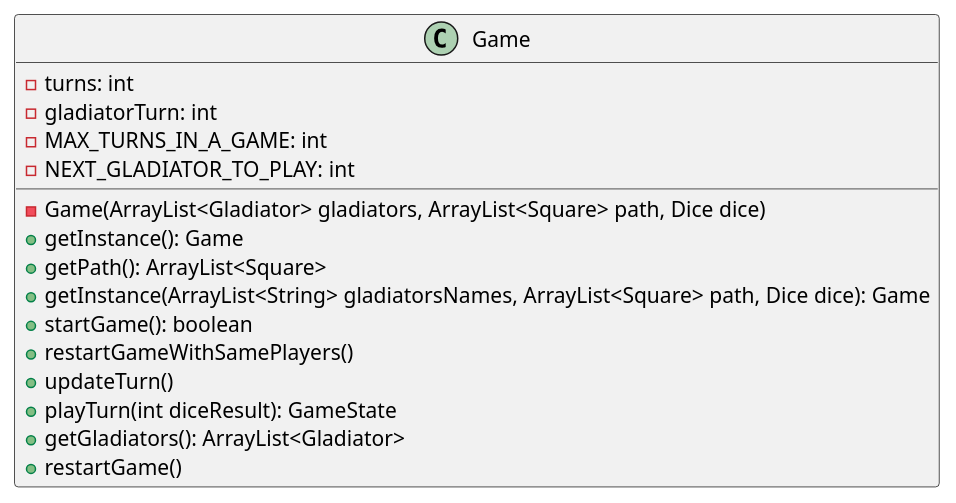
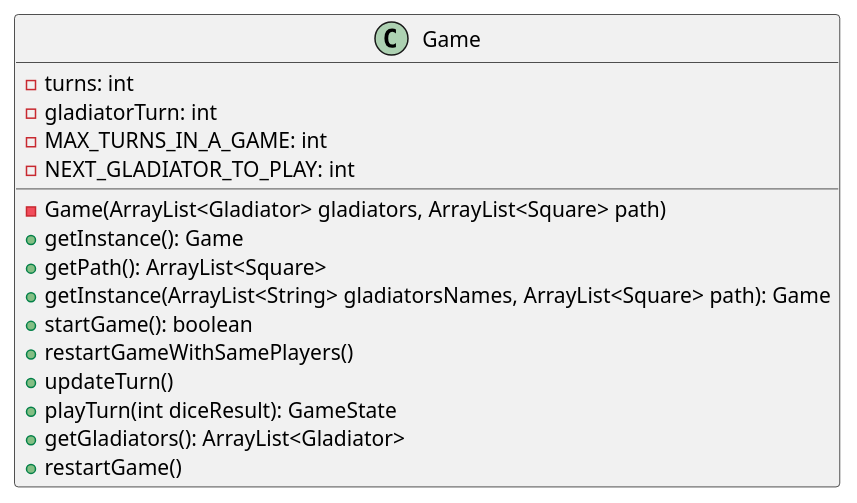
One commit to PabloGCH/tp2-algo3 changed the diagram in diagrams/classes/game/Game.plantuml. Above: the diagram before and after it, drawn with PlantUML. The commit also changed 23 other files, not shown here.

```diff
--- a/diagrams/classes/game/Game.plantuml
+++ b/diagrams/classes/game/Game.plantuml
@@ -1,18 +1,18 @@
 @startuml
 class Game {
     -turns: int
     -gladiatorTurn: int
     -MAX_TURNS_IN_A_GAME: int
     -NEXT_GLADIATOR_TO_PLAY: int
-    -Game(ArrayList<Gladiator> gladiators, ArrayList<Square> path, Dice dice)
+    -Game(ArrayList<Gladiator> gladiators, ArrayList<Square> path)
     +getInstance(): Game
     +getPath(): ArrayList<Square>
-    +getInstance(ArrayList<String> gladiatorsNames, ArrayList<Square> path, Dice dice): Game
+    +getInstance(ArrayList<String> gladiatorsNames, ArrayList<Square> path): Game
     +startGame(): boolean
     +restartGameWithSamePlayers()
     +updateTurn()
     +playTurn(int diceResult): GameState
     +getGladiators(): ArrayList<Gladiator> 
     +restartGame()
 }
 @enduml
```
